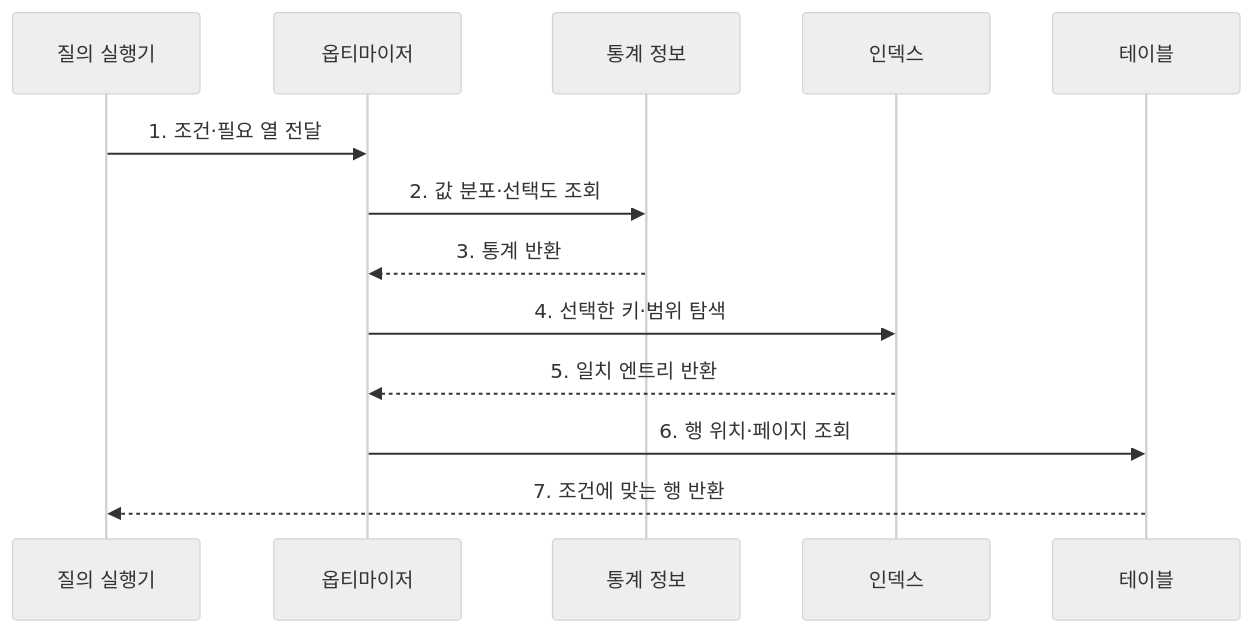
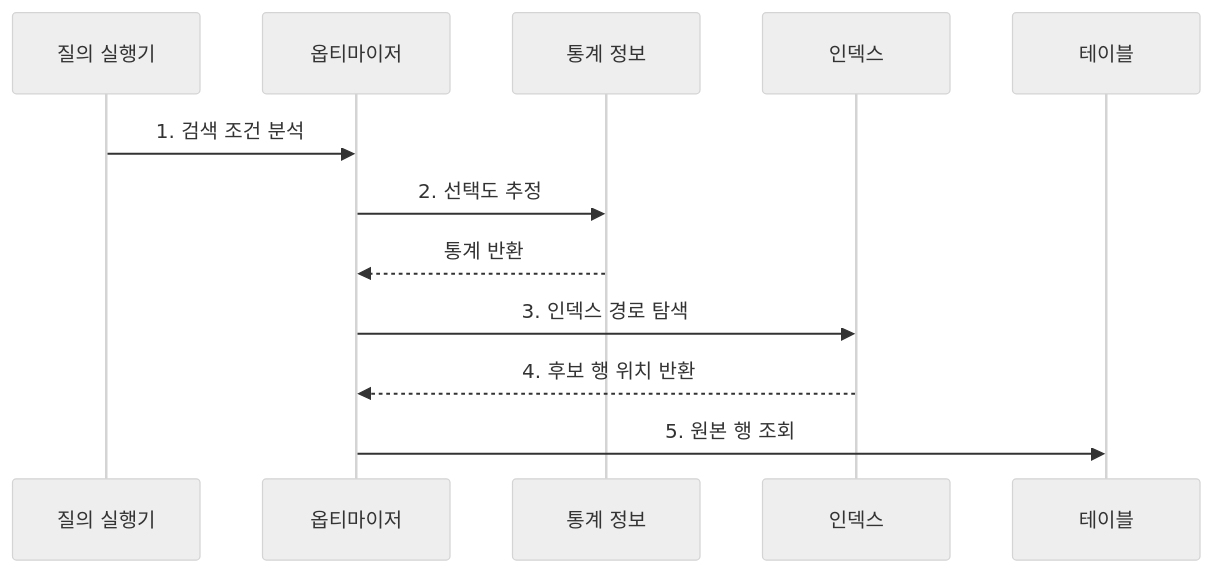
The second of 2 diagrams in src/content/docs/notes/03-software/093_index_structure.md (agnusdei1207/knowledge-base), drawn with Mermaid (neutral theme) before and after one commit. The commit also changed other lines of this file and 238 other files, not shown here.

````diff
--- a/src/content/docs/notes/03-software/093_index_structure.md
+++ b/src/content/docs/notes/03-software/093_index_structure.md
@@ -78,15 +78,14 @@
 ```mermaid
 sequenceDiagram
     participant Q as 질의 실행기
     participant O as 옵티마이저
     participant S as 통계 정보
     participant I as 인덱스
     participant T as 테이블
-    Q->>O: 1. 조건·필요 열 전달
-    O->>S: 2. 값 분포·선택도 조회
-    S-->>O: 3. 통계 반환
-    O->>I: 4. 선택한 키·범위 탐색
-    I-->>O: 5. 일치 엔트리 반환
-    O->>T: 6. 행 위치·페이지 조회
-    T-->>Q: 7. 조건에 맞는 행 반환
+    Q->>O: 1. 검색 조건 분석
+    O->>S: 2. 선택도 추정
+    S-->>O: 통계 반환
+    O->>I: 3. 인덱스 경로 탐색
+    I-->>O: 4. 후보 행 위치 반환
+    O->>T: 5. 원본 행 조회
 ```
````
